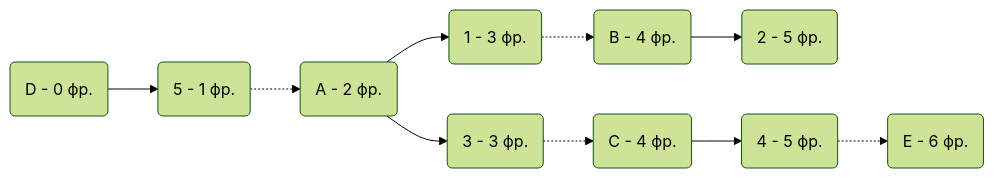
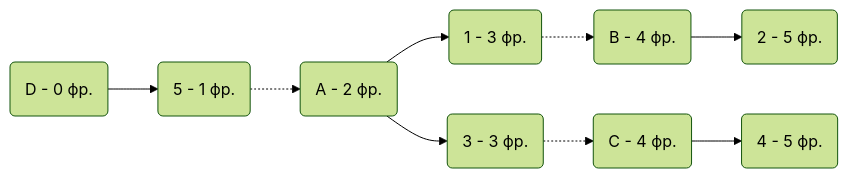
Before and after one commit to HSE-algo-23-crow/manual_tasks: the seventh of 9 diagrams in task_13/Mysterious_task_13.md, drawn with Mermaid (forest theme). The commit also changed other lines of this file, not shown here.

````diff
--- a/task_13/Mysterious_task_13.md
+++ b/task_13/Mysterious_task_13.md
@@ -244,5 +245,5 @@
 ```mermaid
 graph LR
     D(D - 0 фр.)  --> 5(5 - 1 фр.) -.-> A(A - 2 фр.) --> 1(1 - 3 фр.) -.-> B(B - 4 фр.)--> 2(2 - 5 фр.)
-    A(A - 2 фр.) --> 3(3 - 3 фр.) -.-> C(C - 4 фр.)--> 4(4 - 5 фр.)-.-> E(E - 6 фр.)
+    A(A - 2 фр.) --> 3(3 - 3 фр.) -.-> C(C - 4 фр.)--> 4(4 - 5 фр.)
 ```
````
